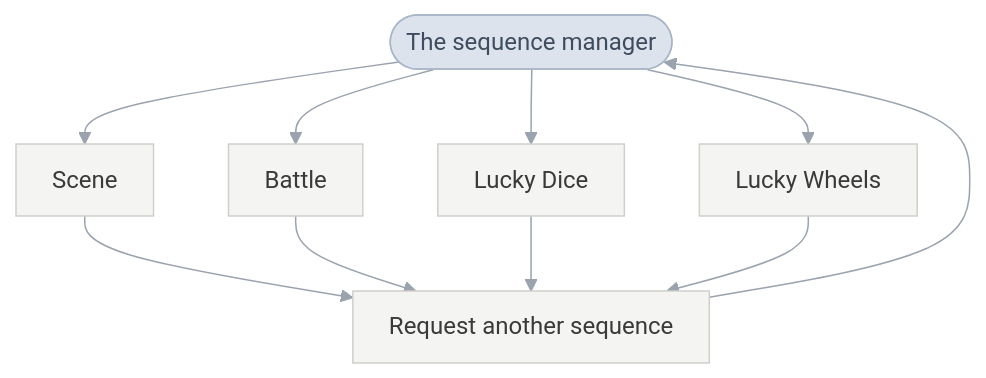
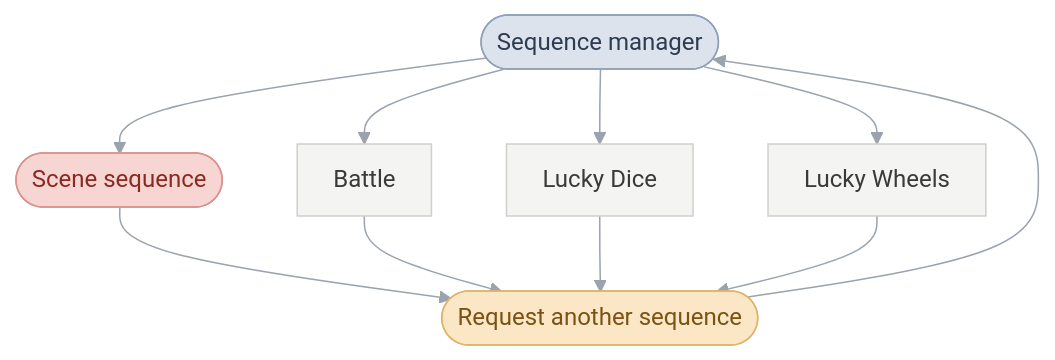
The second of 4 diagrams in games/tbs/README.md (PascalPixel/alchemy), drawn with Mermaid before and after one commit. The commit also changed other lines of this file, not shown here.

First line of the commit message:
☀️ Front page: one name and colour for what links two charts

````diff
--- a/games/tbs/README.md
+++ b/games/tbs/README.md
@@ -41,11 +44,16 @@
 ```mermaid
 %%{init: {"theme": "base", "themeVariables": {"lineColor": "#9AA3AE", "edgeLabelBackground": "#FFFFFF"}, "flowchart": {"curve": "basis", "padding": 12}}}%%
 flowchart TD
-  loop(["The sequence manager"]) --> scene["Scene"] & battle["Battle"] & dice["Lucky Dice"] & wheels["Lucky Wheels"]
-  scene & battle & dice & wheels --> back["Request another sequence"]
+  loop(["Sequence manager"]) --> scene(["Scene sequence"]) & battle["Battle"] & dice["Lucky Dice"] & wheels["Lucky Wheels"]
+  scene & battle & dice & wheels --> back(["Request another sequence"])
   back --> loop
-  classDef link fill:#DDE3EC,stroke:#A9B6C8,color:#3E4C60
+  classDef sequenceManager fill:#DDE3EC,stroke:#8FA0B8,color:#2E3C50
+  classDef sceneSequence fill:#F6D5D2,stroke:#D9928B,color:#8A2A22
+  classDef sceneManager fill:#D3EBD9,stroke:#8DC49E,color:#25603A
+  classDef request fill:#FBE7C6,stroke:#E0B46A,color:#7A5212
   classDef step fill:#F4F4F2,stroke:#CFCFCB,color:#3A3A38
-  class loop link
-  class scene,battle,dice,wheels,back step
+  class loop sequenceManager
+  class scene sceneSequence
+  class back request
+  class battle,dice,wheels step
 ```
````
